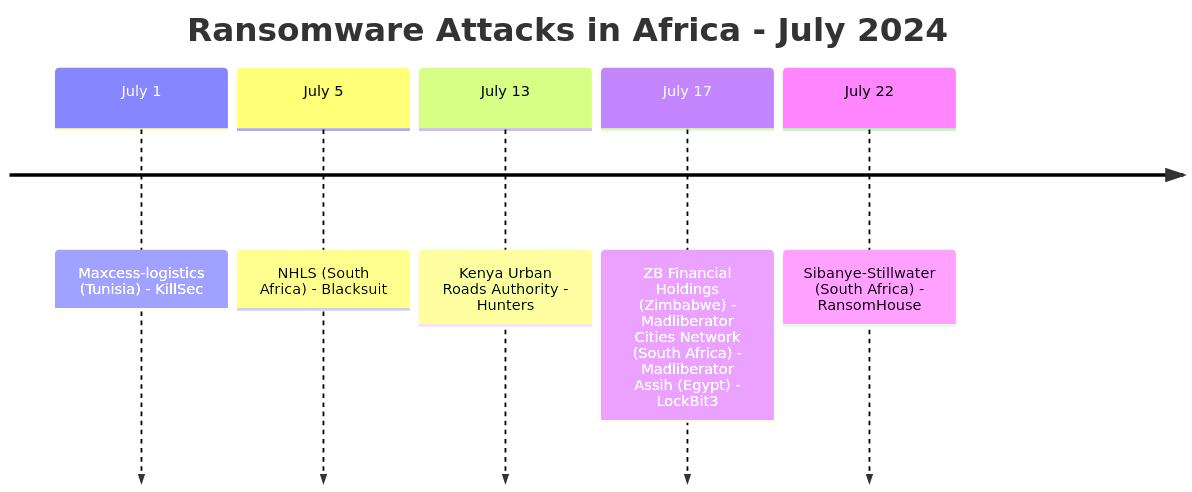
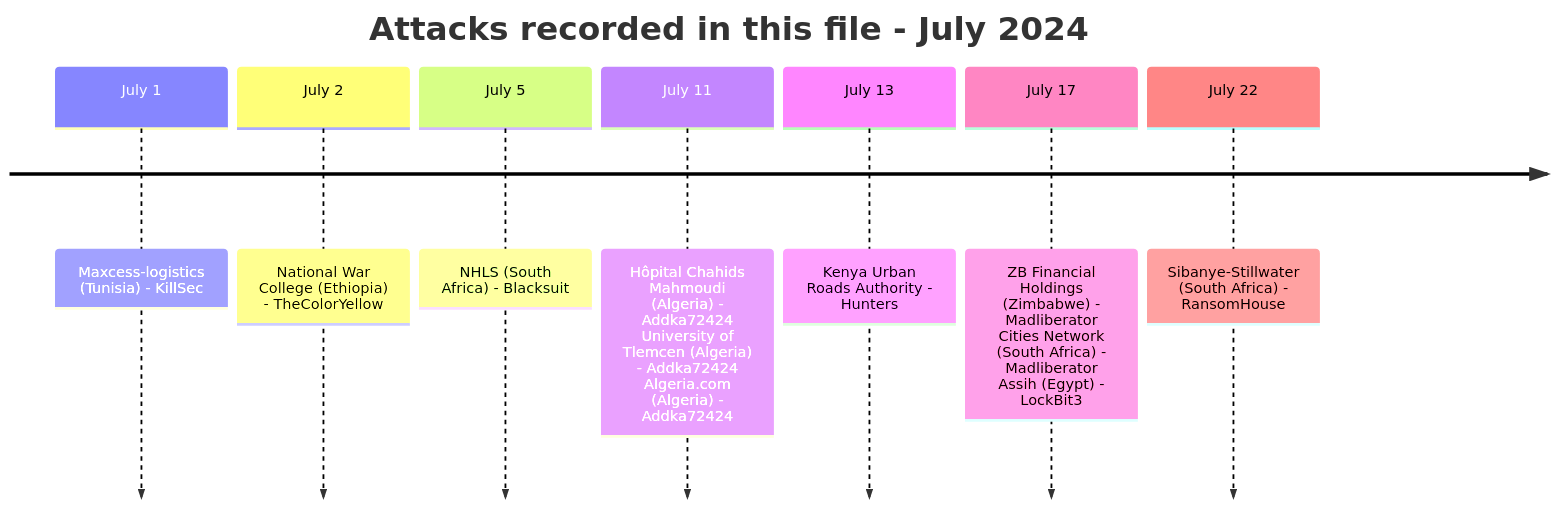
One commit to Hatchepsoute/AFRINTEL changed the first of 5 diagrams in CyberAttackAfrica/2024/07-july/README.md. Above: the diagram before and after it, drawn with Mermaid. The commit also changed other lines of this file and 255 other files, not shown here.

````diff
--- a/CyberAttackAfrica/2024/07-july/README.md
+++ b/CyberAttackAfrica/2024/07-july/README.md
@@ -36,9 +42,11 @@
 ```mermaid
 timeline
-    title Ransomware Attacks in Africa - July 2024
+    title Attacks recorded in this file - July 2024
     July 1 : Maxcess-logistics (Tunisia) - KillSec
+    July 2 : National War College (Ethiopia) - TheColorYellow
     July 5 : NHLS (South Africa) - Blacksuit
+    July 11 : Hôpital Chahids Mahmoudi (Algeria) - Addka72424<br>University of Tlemcen (Algeria) - Addka72424<br>Algeria.com (Algeria) - Addka72424
     July 13 : Kenya Urban Roads Authority - Hunters
     July 17 : ZB Financial Holdings (Zimbabwe) - Madliberator<br>Cities Network (South Africa) - Madliberator<br>Assih (Egypt) - LockBit3
     July 22 : Sibanye-Stillwater (South Africa) - RansomHouse
 ```
````
